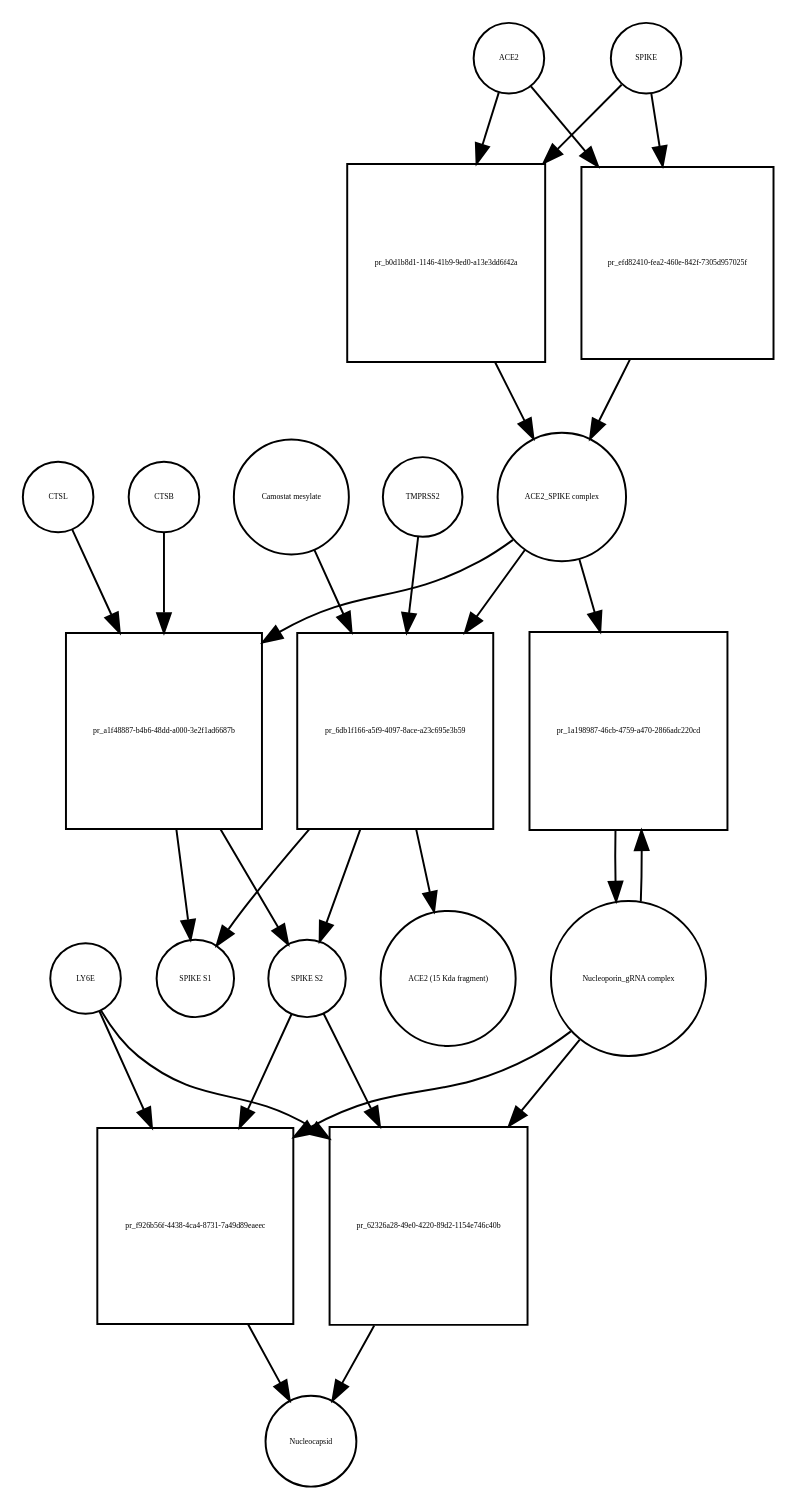
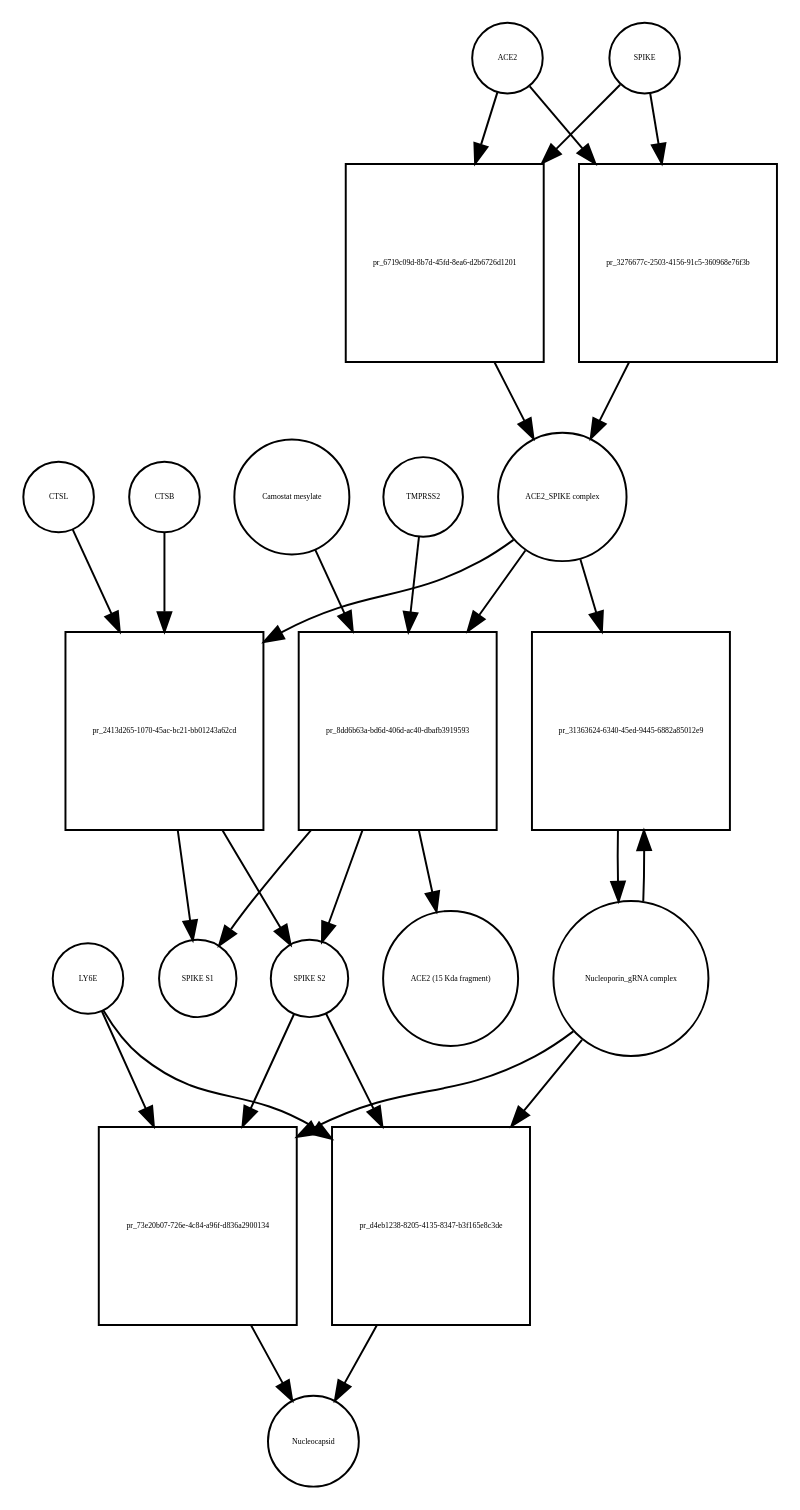
The diagram in Virus_replication_cycle_V01.xml_bipartite.dot (cannin/covid19-sbgn), drawn with Graphviz before and after one commit. The commit also changed 613 other files, not shown here.

```diff
--- a/Virus_replication_cycle_V01.xml_bipartite.dot
+++ b/Virus_replication_cycle_V01.xml_bipartite.dot
@@ -1,50 +1,50 @@
 strict digraph  {
 ACE2 [annotation="", bipartite=0, cls=macromolecule, fontsize=4, label=ACE2, shape=circle];
-"pr_b0d1b8d1-1146-41b9-9ed0-a13e3dd6f42a" [annotation="", bipartite=1, cls=process, fontsize=4, label="pr_b0d1b8d1-1146-41b9-9ed0-a13e3dd6f42a", shape=square];
+"pr_6719c09d-8b7d-45fd-8ea6-d2b6726d1201" [annotation="", bipartite=1, cls=process, fontsize=4, label="pr_6719c09d-8b7d-45fd-8ea6-d2b6726d1201", shape=square];
 "ACE2_SPIKE complex" [annotation="", bipartite=0, cls=complex, fontsize=4, label="ACE2_SPIKE complex", shape=circle];
 SPIKE [annotation="", bipartite=0, cls="macromolecule multimer", fontsize=4, label=SPIKE, shape=circle];
 "Nucleoporin_gRNA complex " [annotation="", bipartite=0, cls=complex, fontsize=4, label="Nucleoporin_gRNA complex ", shape=circle];
-"pr_1a198987-46cb-4759-a470-2866adc220cd" [annotation="", bipartite=1, cls=process, fontsize=4, label="pr_1a198987-46cb-4759-a470-2866adc220cd", shape=square];
-"pr_a1f48887-b4b6-48dd-a000-3e2f1ad6687b" [annotation="", bipartite=1, cls=process, fontsize=4, label="pr_a1f48887-b4b6-48dd-a000-3e2f1ad6687b", shape=square];
+"pr_31363624-6340-45ed-9445-6882a85012e9" [annotation="", bipartite=1, cls=process, fontsize=4, label="pr_31363624-6340-45ed-9445-6882a85012e9", shape=square];
+"pr_2413d265-1070-45ac-bc21-bb01243a62cd" [annotation="", bipartite=1, cls=process, fontsize=4, label="pr_2413d265-1070-45ac-bc21-bb01243a62cd", shape=square];
 "SPIKE S2" [annotation="", bipartite=0, cls=macromolecule, fontsize=4, label="SPIKE S2", shape=circle];
 CTSB [annotation="", bipartite=0, cls=macromolecule, fontsize=4, label=CTSB, shape=circle];
 CTSL [annotation="", bipartite=0, cls=macromolecule, fontsize=4, label=CTSL, shape=circle];
 "SPIKE S1" [annotation="", bipartite=0, cls=macromolecule, fontsize=4, label="SPIKE S1", shape=circle];
-"pr_f926b56f-4438-4ca4-8731-7a49d89eaeec" [annotation="", bipartite=1, cls=process, fontsize=4, label="pr_f926b56f-4438-4ca4-8731-7a49d89eaeec", shape=square];
+"pr_73e20b07-726e-4c84-a96f-d836a2900134" [annotation="", bipartite=1, cls=process, fontsize=4, label="pr_73e20b07-726e-4c84-a96f-d836a2900134", shape=square];
 Nucleocapsid [annotation="", bipartite=0, cls=complex, fontsize=4, label=Nucleocapsid, shape=circle];
 LY6E [annotation="", bipartite=0, cls=macromolecule, fontsize=4, label=LY6E, shape=circle];
-"pr_6db1f166-a5f9-4097-8ace-a23c695e3b59" [annotation="", bipartite=1, cls=process, fontsize=4, label="pr_6db1f166-a5f9-4097-8ace-a23c695e3b59", shape=square];
+"pr_8dd6b63a-bd6d-406d-ac40-dbafb3919593" [annotation="", bipartite=1, cls=process, fontsize=4, label="pr_8dd6b63a-bd6d-406d-ac40-dbafb3919593", shape=square];
 TMPRSS2 [annotation="", bipartite=0, cls=macromolecule, fontsize=4, label=TMPRSS2, shape=circle];
 "Camostat mesylate" [annotation="urn_miriam_pubchem.compound_2536", bipartite=0, cls="simple chemical", fontsize=4, label="Camostat mesylate", shape=circle];
 "ACE2 (15 Kda fragment)" [annotation="", bipartite=0, cls=macromolecule, fontsize=4, label="ACE2 (15 Kda fragment)", shape=circle];
-"pr_efd82410-fea2-460e-842f-7305d957025f" [annotation="", bipartite=1, cls=process, fontsize=4, label="pr_efd82410-fea2-460e-842f-7305d957025f", shape=square];
-"pr_62326a28-49e0-4220-89d2-1154e746c40b" [annotation="", bipartite=1, cls=process, fontsize=4, label="pr_62326a28-49e0-4220-89d2-1154e746c40b", shape=square];
-ACE2 -> "pr_b0d1b8d1-1146-41b9-9ed0-a13e3dd6f42a"  [annotation="", interaction_type=consumption];
-ACE2 -> "pr_efd82410-fea2-460e-842f-7305d957025f"  [annotation="", interaction_type=consumption];
-"pr_b0d1b8d1-1146-41b9-9ed0-a13e3dd6f42a" -> "ACE2_SPIKE complex"  [annotation="", interaction_type=production];
-"ACE2_SPIKE complex" -> "pr_1a198987-46cb-4759-a470-2866adc220cd"  [annotation="urn_miriam_pubmed_32142651|urn_miriam_pubmed_32094589", interaction_type=stimulation];
-"ACE2_SPIKE complex" -> "pr_a1f48887-b4b6-48dd-a000-3e2f1ad6687b"  [annotation="", interaction_type=consumption];
-"ACE2_SPIKE complex" -> "pr_6db1f166-a5f9-4097-8ace-a23c695e3b59"  [annotation="", interaction_type=consumption];
-SPIKE -> "pr_b0d1b8d1-1146-41b9-9ed0-a13e3dd6f42a"  [annotation="", interaction_type=consumption];
-SPIKE -> "pr_efd82410-fea2-460e-842f-7305d957025f"  [annotation="", interaction_type=consumption];
-"Nucleoporin_gRNA complex " -> "pr_1a198987-46cb-4759-a470-2866adc220cd"  [annotation="", interaction_type=consumption];
-"Nucleoporin_gRNA complex " -> "pr_f926b56f-4438-4ca4-8731-7a49d89eaeec"  [annotation="", interaction_type=consumption];
-"Nucleoporin_gRNA complex " -> "pr_62326a28-49e0-4220-89d2-1154e746c40b"  [annotation="", interaction_type=consumption];
-"pr_1a198987-46cb-4759-a470-2866adc220cd" -> "Nucleoporin_gRNA complex "  [annotation="", interaction_type=production];
-"pr_a1f48887-b4b6-48dd-a000-3e2f1ad6687b" -> "SPIKE S2"  [annotation="", interaction_type=production];
-"pr_a1f48887-b4b6-48dd-a000-3e2f1ad6687b" -> "SPIKE S1"  [annotation="", interaction_type=production];
-"SPIKE S2" -> "pr_f926b56f-4438-4ca4-8731-7a49d89eaeec"  [annotation="urn_miriam_doi_10.1101%2F2020.03.05.979260|urn_miriam_pubmed_32142651|urn_miriam_pubmed_32094589", interaction_type=stimulation];
-"SPIKE S2" -> "pr_62326a28-49e0-4220-89d2-1154e746c40b"  [annotation="urn_miriam_doi_10.1101%2F2020.03.05.979260", interaction_type=stimulation];
-CTSB -> "pr_a1f48887-b4b6-48dd-a000-3e2f1ad6687b"  [annotation=urn_miriam_pubmed_32142651, interaction_type=catalysis];
-CTSL -> "pr_a1f48887-b4b6-48dd-a000-3e2f1ad6687b"  [annotation=urn_miriam_pubmed_32142651, interaction_type=catalysis];
-"pr_f926b56f-4438-4ca4-8731-7a49d89eaeec" -> Nucleocapsid  [annotation="", interaction_type=production];
-LY6E -> "pr_f926b56f-4438-4ca4-8731-7a49d89eaeec"  [annotation="urn_miriam_doi_10.1101%2F2020.03.05.979260|urn_miriam_pubmed_32142651|urn_miriam_pubmed_32094589", interaction_type=inhibition];
-LY6E -> "pr_62326a28-49e0-4220-89d2-1154e746c40b"  [annotation="urn_miriam_doi_10.1101%2F2020.03.05.979260", interaction_type=inhibition];
-"pr_6db1f166-a5f9-4097-8ace-a23c695e3b59" -> "SPIKE S2"  [annotation="", interaction_type=production];
-"pr_6db1f166-a5f9-4097-8ace-a23c695e3b59" -> "SPIKE S1"  [annotation="", interaction_type=production];
-"pr_6db1f166-a5f9-4097-8ace-a23c695e3b59" -> "ACE2 (15 Kda fragment)"  [annotation="", interaction_type=production];
-TMPRSS2 -> "pr_6db1f166-a5f9-4097-8ace-a23c695e3b59"  [annotation="urn_miriam_pubmed_32142651|urn_miriam_pubmed_32094589|urn_miriam_pubmed_24227843", interaction_type=catalysis];
-"Camostat mesylate" -> "pr_6db1f166-a5f9-4097-8ace-a23c695e3b59"  [annotation="urn_miriam_pubmed_32142651|urn_miriam_pubmed_32094589|urn_miriam_pubmed_24227843", interaction_type=inhibition];
-"pr_efd82410-fea2-460e-842f-7305d957025f" -> "ACE2_SPIKE complex"  [annotation="", interaction_type=production];
-"pr_62326a28-49e0-4220-89d2-1154e746c40b" -> Nucleocapsid  [annotation="", interaction_type=production];
+"pr_3276677c-2503-4156-91c5-360968e76f3b" [annotation="", bipartite=1, cls=process, fontsize=4, label="pr_3276677c-2503-4156-91c5-360968e76f3b", shape=square];
+"pr_d4eb1238-8205-4135-8347-b3f165e8c3de" [annotation="", bipartite=1, cls=process, fontsize=4, label="pr_d4eb1238-8205-4135-8347-b3f165e8c3de", shape=square];
+ACE2 -> "pr_6719c09d-8b7d-45fd-8ea6-d2b6726d1201"  [annotation="", interaction_type=consumption];
+ACE2 -> "pr_3276677c-2503-4156-91c5-360968e76f3b"  [annotation="", interaction_type=consumption];
+"pr_6719c09d-8b7d-45fd-8ea6-d2b6726d1201" -> "ACE2_SPIKE complex"  [annotation="", interaction_type=production];
+"ACE2_SPIKE complex" -> "pr_31363624-6340-45ed-9445-6882a85012e9"  [annotation="urn_miriam_pubmed_32142651|urn_miriam_pubmed_32094589", interaction_type=stimulation];
+"ACE2_SPIKE complex" -> "pr_2413d265-1070-45ac-bc21-bb01243a62cd"  [annotation="", interaction_type=consumption];
+"ACE2_SPIKE complex" -> "pr_8dd6b63a-bd6d-406d-ac40-dbafb3919593"  [annotation="", interaction_type=consumption];
+SPIKE -> "pr_6719c09d-8b7d-45fd-8ea6-d2b6726d1201"  [annotation="", interaction_type=consumption];
+SPIKE -> "pr_3276677c-2503-4156-91c5-360968e76f3b"  [annotation="", interaction_type=consumption];
+"Nucleoporin_gRNA complex " -> "pr_31363624-6340-45ed-9445-6882a85012e9"  [annotation="", interaction_type=consumption];
+"Nucleoporin_gRNA complex " -> "pr_73e20b07-726e-4c84-a96f-d836a2900134"  [annotation="", interaction_type=consumption];
+"Nucleoporin_gRNA complex " -> "pr_d4eb1238-8205-4135-8347-b3f165e8c3de"  [annotation="", interaction_type=consumption];
+"pr_31363624-6340-45ed-9445-6882a85012e9" -> "Nucleoporin_gRNA complex "  [annotation="", interaction_type=production];
+"pr_2413d265-1070-45ac-bc21-bb01243a62cd" -> "SPIKE S2"  [annotation="", interaction_type=production];
+"pr_2413d265-1070-45ac-bc21-bb01243a62cd" -> "SPIKE S1"  [annotation="", interaction_type=production];
+"SPIKE S2" -> "pr_73e20b07-726e-4c84-a96f-d836a2900134"  [annotation="urn_miriam_doi_10.1101%2F2020.03.05.979260|urn_miriam_pubmed_32142651|urn_miriam_pubmed_32094589", interaction_type=stimulation];
+"SPIKE S2" -> "pr_d4eb1238-8205-4135-8347-b3f165e8c3de"  [annotation="urn_miriam_doi_10.1101%2F2020.03.05.979260", interaction_type=stimulation];
+CTSB -> "pr_2413d265-1070-45ac-bc21-bb01243a62cd"  [annotation=urn_miriam_pubmed_32142651, interaction_type=catalysis];
+CTSL -> "pr_2413d265-1070-45ac-bc21-bb01243a62cd"  [annotation=urn_miriam_pubmed_32142651, interaction_type=catalysis];
+"pr_73e20b07-726e-4c84-a96f-d836a2900134" -> Nucleocapsid  [annotation="", interaction_type=production];
+LY6E -> "pr_73e20b07-726e-4c84-a96f-d836a2900134"  [annotation="urn_miriam_doi_10.1101%2F2020.03.05.979260|urn_miriam_pubmed_32142651|urn_miriam_pubmed_32094589", interaction_type=inhibition];
+LY6E -> "pr_d4eb1238-8205-4135-8347-b3f165e8c3de"  [annotation="urn_miriam_doi_10.1101%2F2020.03.05.979260", interaction_type=inhibition];
+"pr_8dd6b63a-bd6d-406d-ac40-dbafb3919593" -> "SPIKE S2"  [annotation="", interaction_type=production];
+"pr_8dd6b63a-bd6d-406d-ac40-dbafb3919593" -> "SPIKE S1"  [annotation="", interaction_type=production];
+"pr_8dd6b63a-bd6d-406d-ac40-dbafb3919593" -> "ACE2 (15 Kda fragment)"  [annotation="", interaction_type=production];
+TMPRSS2 -> "pr_8dd6b63a-bd6d-406d-ac40-dbafb3919593"  [annotation="urn_miriam_pubmed_32142651|urn_miriam_pubmed_32094589|urn_miriam_pubmed_24227843", interaction_type=catalysis];
+"Camostat mesylate" -> "pr_8dd6b63a-bd6d-406d-ac40-dbafb3919593"  [annotation="urn_miriam_pubmed_32142651|urn_miriam_pubmed_32094589|urn_miriam_pubmed_24227843", interaction_type=inhibition];
+"pr_3276677c-2503-4156-91c5-360968e76f3b" -> "ACE2_SPIKE complex"  [annotation="", interaction_type=production];
+"pr_d4eb1238-8205-4135-8347-b3f165e8c3de" -> Nucleocapsid  [annotation="", interaction_type=production];
 }
```
